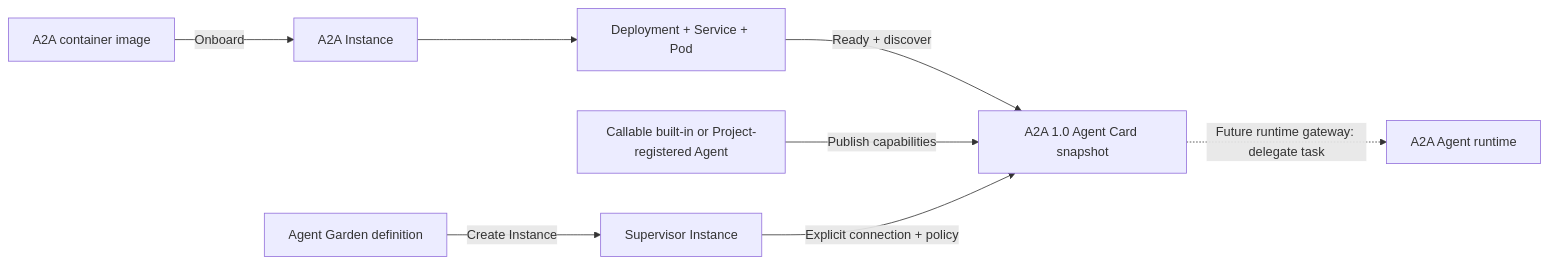
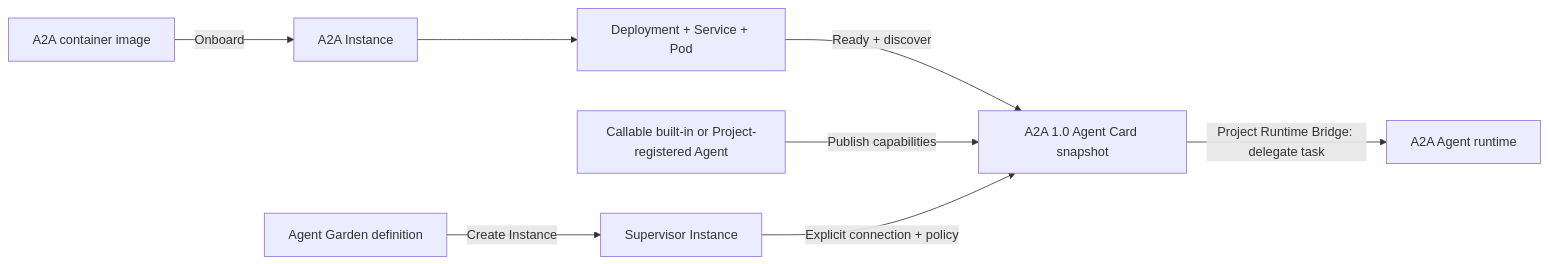
The diagram in docs/agent-garden-architecture.md (feng2009-hub/tasklattice-relay), drawn with Mermaid before and after one commit. The commit also changed other lines of this file and 92 other files, not shown here.

Commit message:
feat(a2a): integrate Hermes runtime bridge and observability

````diff
--- a/docs/agent-garden-architecture.md
+++ b/docs/agent-garden-architecture.md
@@ -25,10 +27,10 @@
 ```mermaid
 flowchart LR
   G["Agent Garden definition"] -->|"Create Instance"| C["Supervisor Instance"]
   I["A2A container image"] -->|"Onboard"| MI["A2A Instance"]
   MI --> K["Deployment + Service + Pod"]
   K -->|"Ready + discover"| D["A2A 1.0 Agent Card snapshot"]
   R["Callable built-in or Project-registered Agent"] -->|"Publish capabilities"| D
   C -->|"Explicit connection + policy"| D
-  D -.->|"Future runtime gateway: delegate task"| A["A2A Agent runtime"]
+  D -->|"Project Runtime Bridge: delegate task"| A["A2A Agent runtime"]
 ```
````
